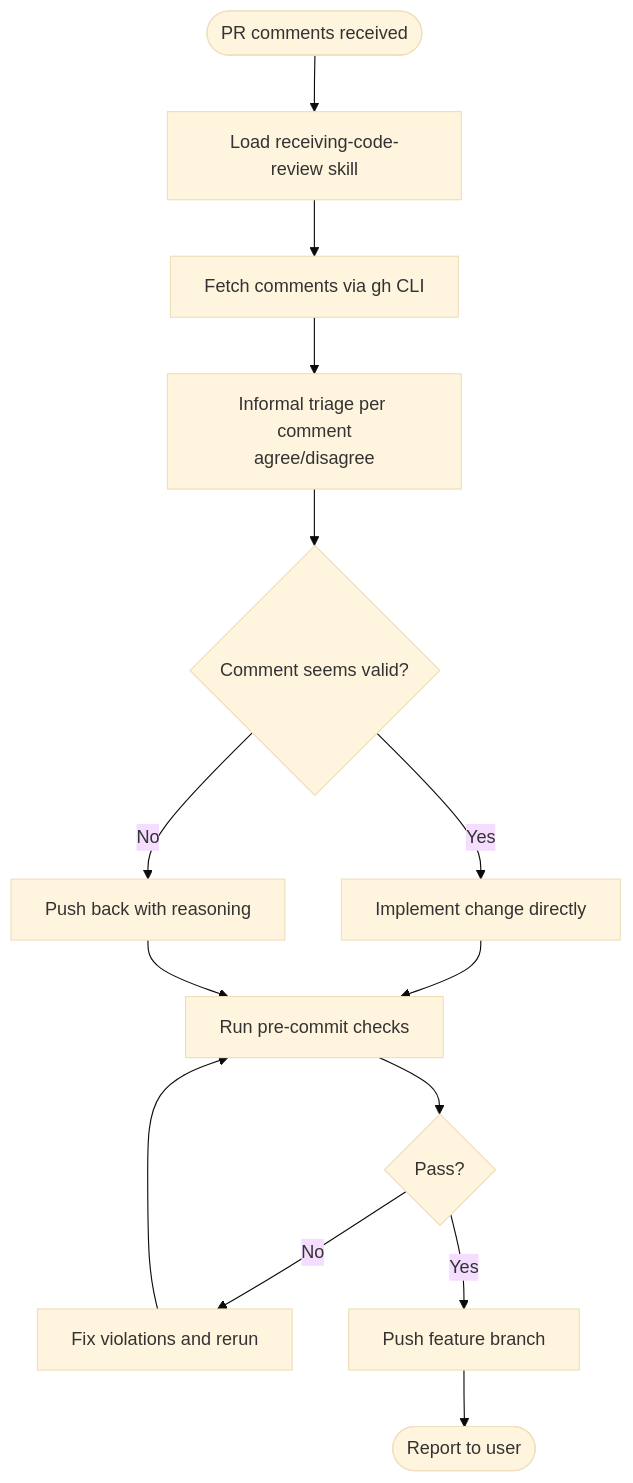
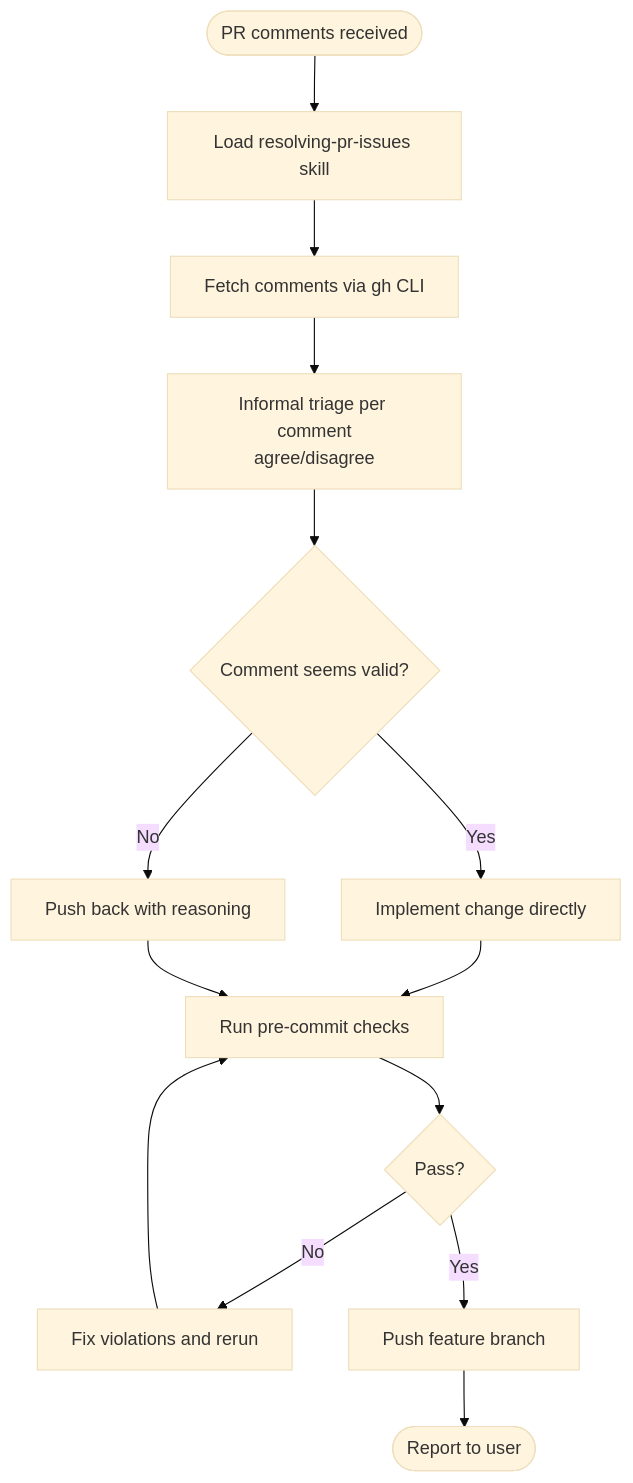
Before and after one commit to redmarklogic/redline: the first of 2 diagrams in docs/product/operations/pr-review-resolution-process.md, drawn with Mermaid (base theme). The commit also changed other lines of this file, not shown here.

Commit message:
docs: update PR review process documentation

````diff
--- a/docs/product/operations/pr-review-resolution-process.md
+++ b/docs/product/operations/pr-review-resolution-process.md
@@ -28,16 +28,16 @@
 ```mermaid
 graph TD
-    A([PR comments received]) --> B["Load receiving-code-review skill"]
+  A([PR comments received]) --> B["Load resolving-pr-issues skill"]
     B --> C["Fetch comments via gh CLI"]
     C --> D["Informal triage per comment<br>agree/disagree"]
     D --> E{"Comment seems valid?"}
     E -- "Yes" --> F["Implement change directly"]
     E -- "No" --> G["Push back with reasoning"]
     F --> H["Run pre-commit checks"]
     G --> H
     H --> I{"Pass?"}
     I -- "No" --> J["Fix violations and rerun"]
     J --> H
     I -- "Yes" --> K["Push feature branch"]
     K --> L([Report to user])
 ```
````
